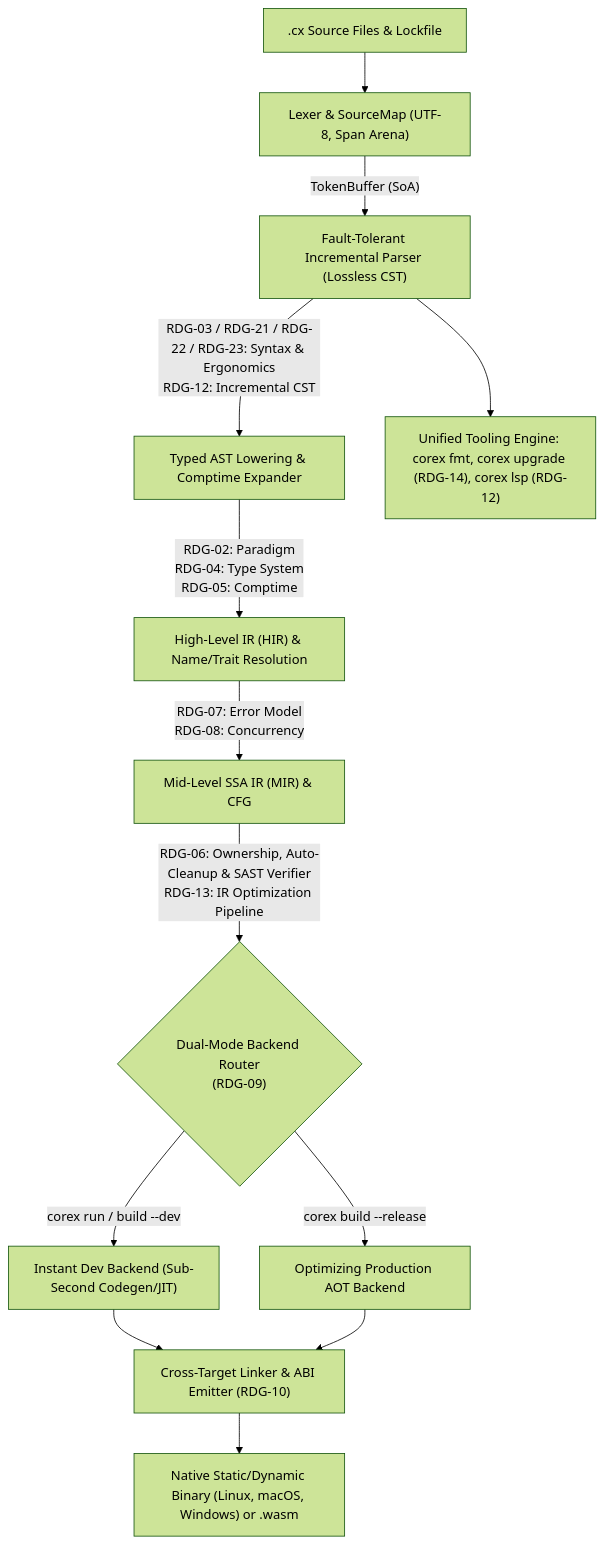
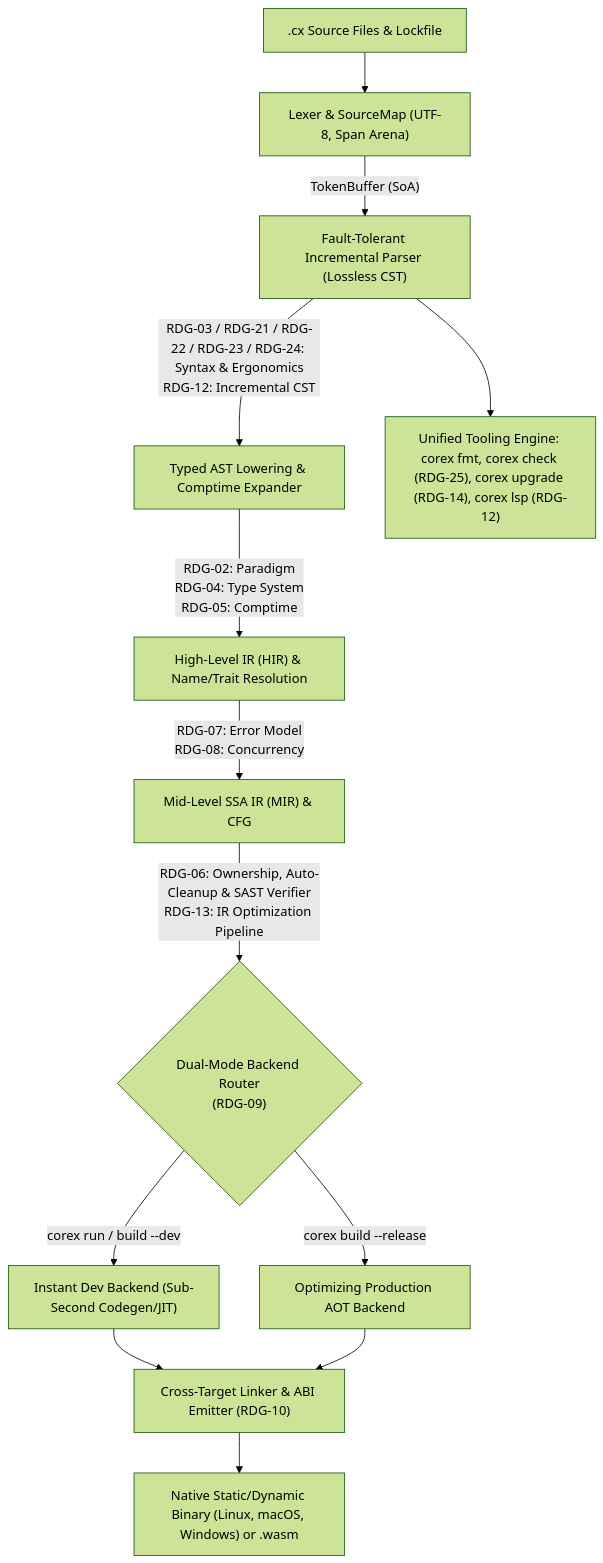
The diagram in PLAN.md (corex-lang/corex), drawn with Mermaid (forest theme) before and after one commit. The commit also changed other lines of this file and 50 other files, not shown here.

````diff
--- a/PLAN.md
+++ b/PLAN.md
@@ -13,15 +13,15 @@
 ```mermaid
 flowchart TD
     SRC[".cx Source Files & Lockfile"] --> LEX["Lexer & SourceMap (UTF-8, Span Arena)"]
     LEX -->|"TokenBuffer (SoA)"| CST["Fault-Tolerant Incremental Parser (Lossless CST)"]
-    CST -->|"RDG-03 / RDG-21 / RDG-22 / RDG-23: Syntax & Ergonomics\nRDG-12: Incremental CST"| AST["Typed AST Lowering & Comptime Expander"]
+    CST -->|"RDG-03 / RDG-21 / RDG-22 / RDG-23 / RDG-24: Syntax & Ergonomics\nRDG-12: Incremental CST"| AST["Typed AST Lowering & Comptime Expander"]
     AST -->|"RDG-02: Paradigm\nRDG-04: Type System\nRDG-05: Comptime"| HIR["High-Level IR (HIR) & Name/Trait Resolution"]
     HIR -->|"RDG-07: Error Model\nRDG-08: Concurrency"| MIR["Mid-Level SSA IR (MIR) & CFG"]
     MIR -->|"RDG-06: Ownership, Auto-Cleanup & SAST Verifier\nRDG-13: IR Optimization Pipeline"| BACKEND{"Dual-Mode Backend Router\n(RDG-09)"}
     BACKEND -->|"corex run / build --dev"| DEV["Instant Dev Backend (Sub-Second Codegen/JIT)"]
     BACKEND -->|"corex build --release"| PROD["Optimizing Production AOT Backend"]
     DEV --> LINK["Cross-Target Linker & ABI Emitter (RDG-10)"]
     PROD --> LINK
     LINK --> OUT["Native Static/Dynamic Binary (Linux, macOS, Windows) or .wasm"]
-    CST --> TOOLING["Unified Tooling Engine: corex fmt, corex upgrade (RDG-14), corex lsp (RDG-12)"]
+    CST --> TOOLING["Unified Tooling Engine: corex fmt, corex check (RDG-25), corex upgrade (RDG-14), corex lsp (RDG-12)"]
 ```
````
